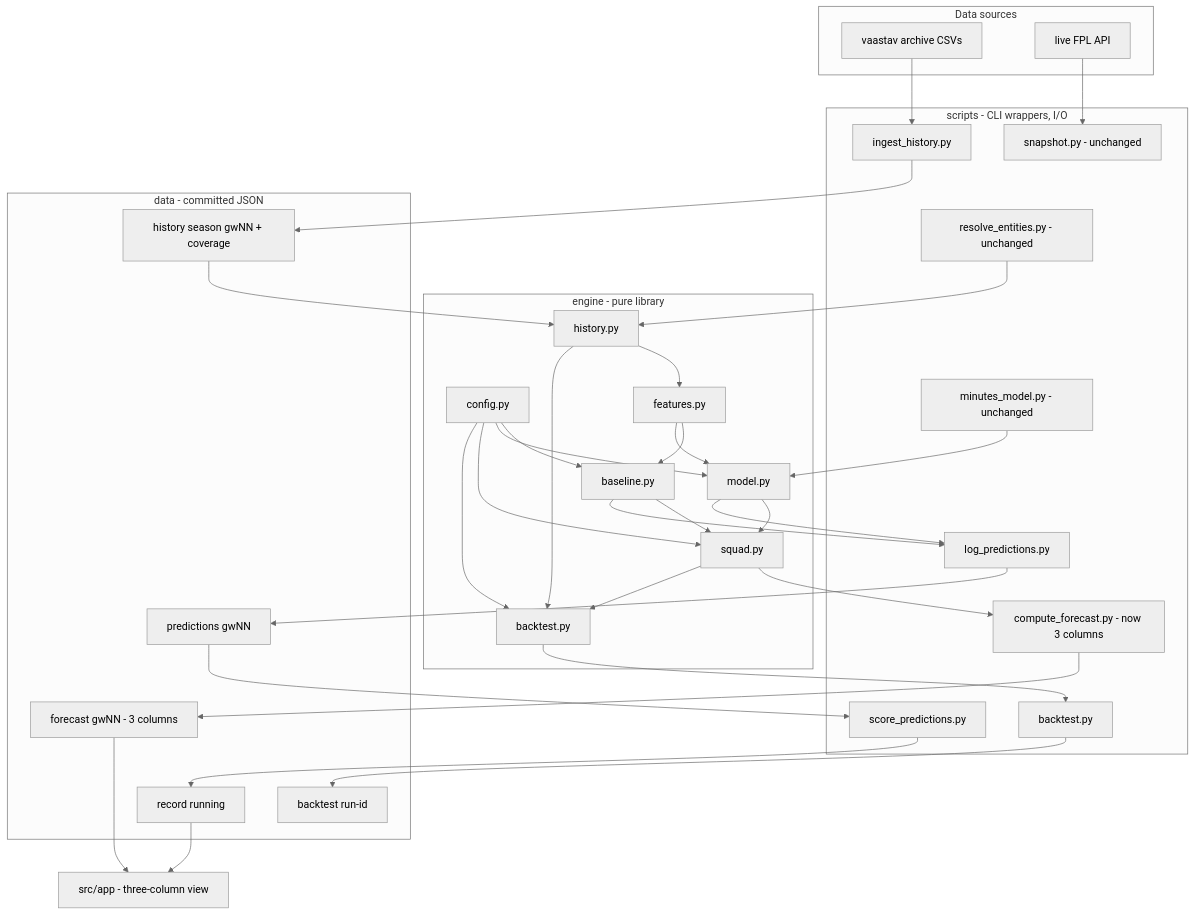
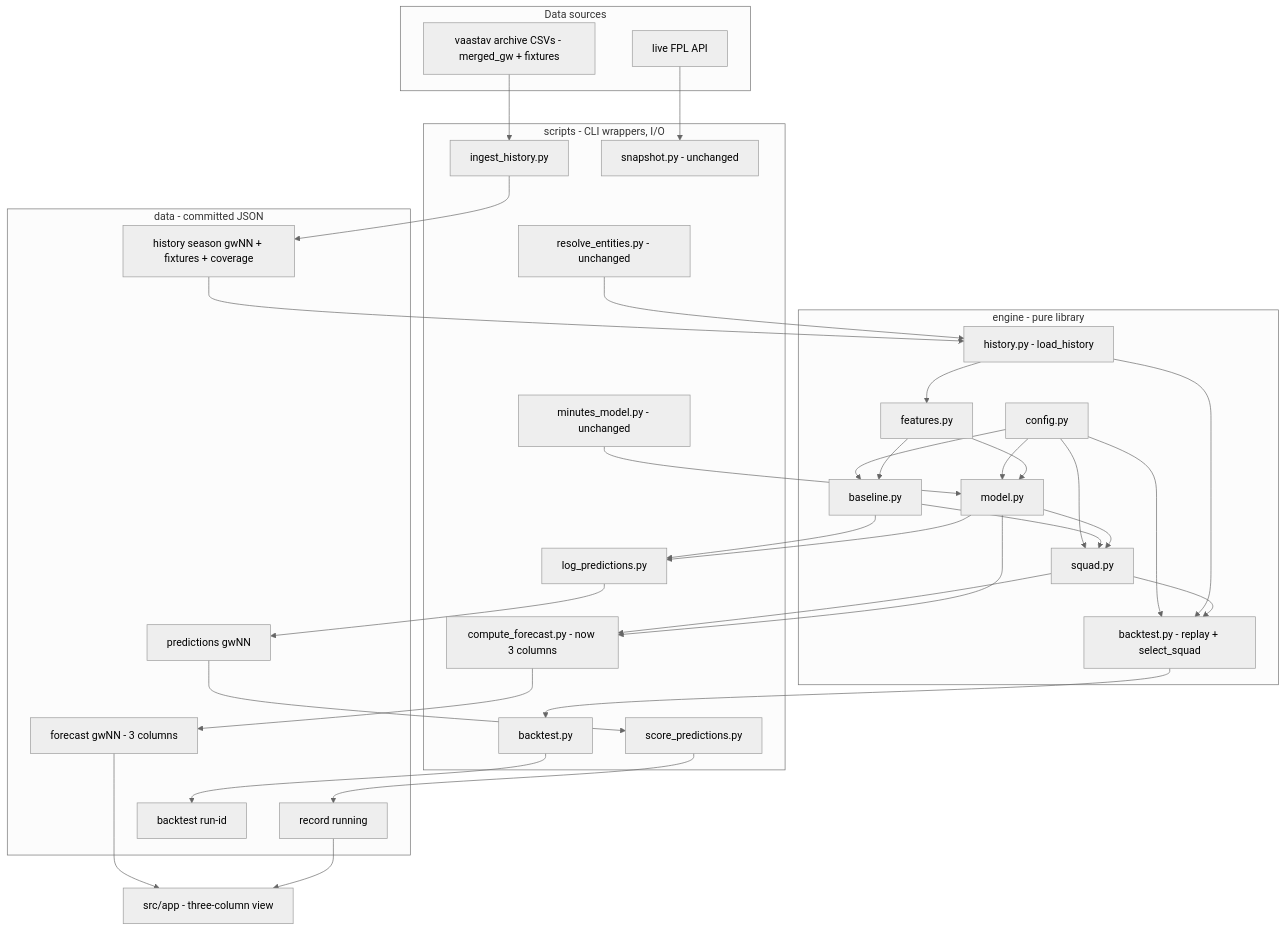
Before and after one commit to natleewhee/fplforecast: the second of 3 diagrams in plans/2026-08-29-1756-feat-fpl-decision-engine-plan.md, drawn with Mermaid (neutral theme). The commit also changed other lines of this file, not shown here.

````diff
--- a/plans/2026-08-29-1756-feat-fpl-decision-engine-plan.md
+++ b/plans/2026-08-29-1756-feat-fpl-decision-engine-plan.md
@@ -229,54 +232,55 @@
 ```mermaid
 flowchart TB
   subgraph sources [Data sources]
-    VA[vaastav archive CSVs]
+    VA[vaastav archive CSVs - merged_gw + fixtures]
     FPL[live FPL API]
   end
   subgraph scripts [scripts - CLI wrappers, I/O]
     ING[ingest_history.py]
     SNAP[snapshot.py - unchanged]
     RES[resolve_entities.py - unchanged]
     MIN[minutes_model.py - unchanged]
     CF[compute_forecast.py - now 3 columns]
     LOG[log_predictions.py]
     SCORE[score_predictions.py]
     BT[backtest.py]
   end
   subgraph engine [engine - pure library]
     CFG[config.py]
-    HIST[history.py]
+    HIST[history.py - load_history]
     FEAT[features.py]
     BASE[baseline.py]
     MODEL[model.py]
     SQ[squad.py]
-    BTE[backtest.py]
+    BTE[backtest.py - replay + select_squad]
   end
   subgraph data [data - committed JSON]
-    DH[history season gwNN + coverage]
+    DH[history season gwNN + fixtures + coverage]
     DF[forecast gwNN - 3 columns]
     DP[predictions gwNN]
     DR[record running]
     DB[backtest run-id]
   end
   VA --> ING --> DH
   FPL --> SNAP
   DH --> HIST
   RES --> HIST
   MIN --> MODEL
   CFG --> BASE
   CFG --> MODEL
   CFG --> SQ
   CFG --> BTE
   HIST --> FEAT --> BASE
   FEAT --> MODEL
   BASE --> SQ
   MODEL --> SQ
   SQ --> CF --> DF
+  MODEL --> CF
   BASE --> LOG
   MODEL --> LOG --> DP
   DP --> SCORE --> DR
   HIST --> BTE
   SQ --> BTE --> BT --> DB
   DF --> APP[src/app - three-column view]
   DR --> APP
 ```
````
